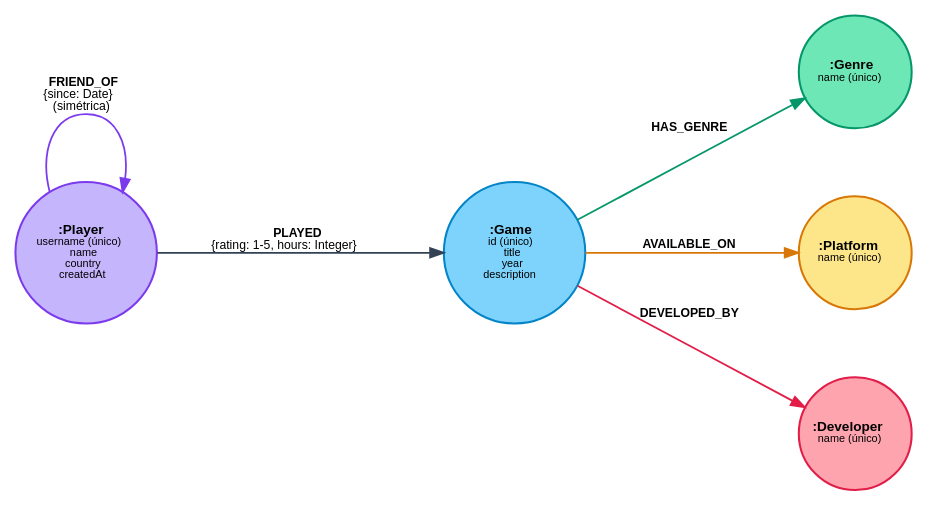
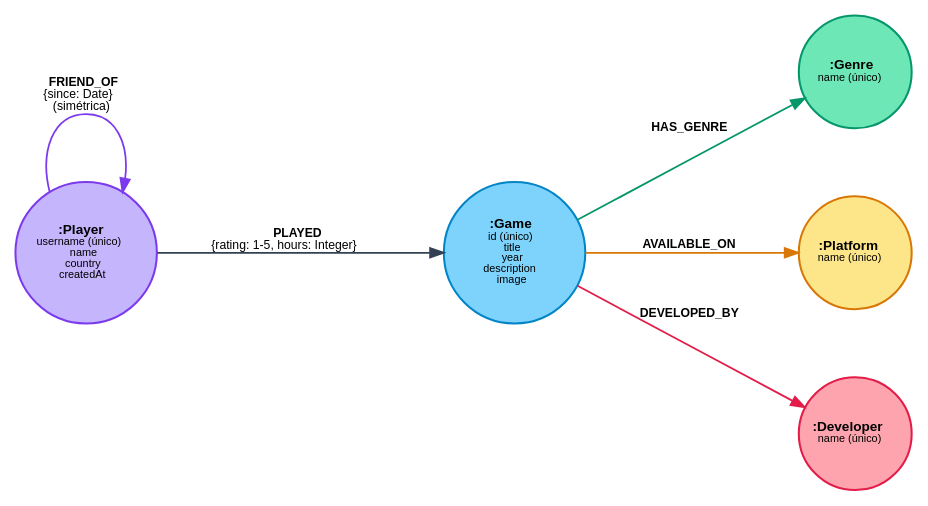
Before and after one commit to saimonetii/neo4j-videojuegos: the diagram in docs/model.dot, drawn with Graphviz. The commit also changed 13 other files, not shown here.

```diff
--- a/docs/model.dot
+++ b/docs/model.dot
@@ -1,15 +1,15 @@
 digraph M {
   rankdir=LR; bgcolor="white"; nodesep=0.7; ranksep=1.1;
   node [shape=circle, style=filled, fontname="Helvetica", fontsize=10, fixedsize=true, width=1.45, penwidth=1.5];
   edge [fontname="Helvetica", fontsize=9, penwidth=1.3];
   Player [label=<<b>:Player</b><br/><font point-size="8">username (único)<br/>name<br/>country<br/>createdAt</font>>, fillcolor="#c4b5fd", color="#7c3aed"];
-  Game [label=<<b>:Game</b><br/><font point-size="8">id (único)<br/>title<br/>year<br/>description</font>>, fillcolor="#7dd3fc", color="#0284c7"];
+  Game [label=<<b>:Game</b><br/><font point-size="8">id (único)<br/>title<br/>year<br/>description<br/>image</font>>, fillcolor="#7dd3fc", color="#0284c7"];
   Genre [label=<<b>:Genre</b><br/><font point-size="8">name (único)</font>>, fillcolor="#6ee7b7", color="#059669", width=1.15];
   Platform [label=<<b>:Platform</b><br/><font point-size="8">name (único)</font>>, fillcolor="#fde68a", color="#d97706", width=1.15];
   Developer [label=<<b>:Developer</b><br/><font point-size="8">name (único)</font>>, fillcolor="#fda4af", color="#e11d48", width=1.15];
   Player -> Player [label=<<b>FRIEND_OF</b><br/>{since: Date}<br/>(simétrica)>, dir=both, arrowtail=none, color="#7c3aed"];
   Player -> Game [label=<<b>PLAYED</b><br/>{rating: 1-5, hours: Integer}>, color="#334155"];
   Game -> Genre [label=<<b>HAS_GENRE</b>>, color="#059669"];
   Game -> Platform [label=<<b>AVAILABLE_ON</b>>, color="#d97706"];
   Game -> Developer [label=<<b>DEVELOPED_BY</b>>, color="#e11d48"];
 }
```
